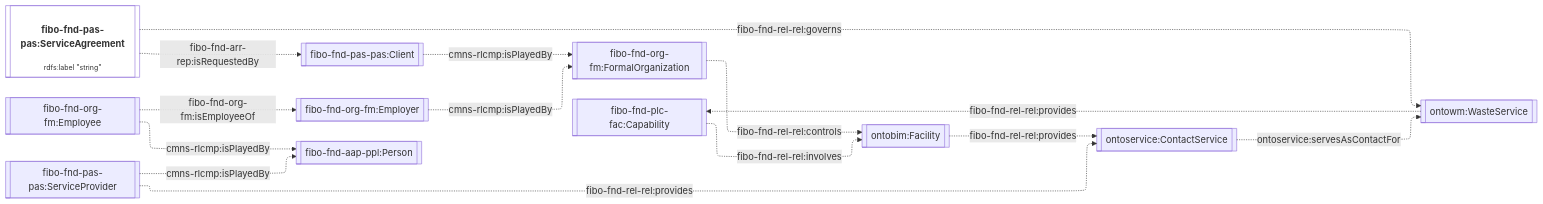
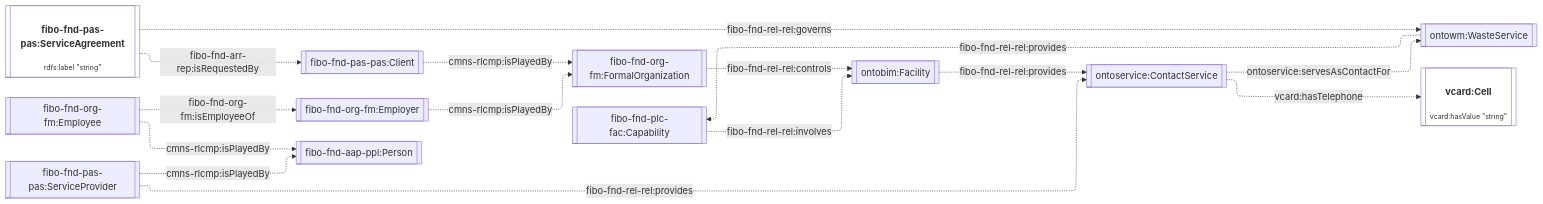
One commit to TheWorldAvatar/ontology changed the eighth of 17 diagrams in ontology/ontowastemanagement/README.md. Above: the diagram before and after it, drawn with Mermaid. The commit also changed 1 other file, not shown here.

Commit message:
dev-ontoservice-extension: extend to allow contact service to hold contact numbers as well

````diff
--- a/ontology/ontowastemanagement/README.md
+++ b/ontology/ontowastemanagement/README.md
@@ -210,25 +210,26 @@
 ```mermaid
 %%{init: {"flowchart": {"defaultRenderer": "elk"}} }%%
 flowchart LR
     %% Styling
     classDef literal fill:none
     classDef node overflow-wrap:break-word,text-wrap:pretty
     linkStyle default overflow-wrap:break-word,text-wrap:pretty;
 
     %% Contents
     Agreement[["<h4>fibo-fnd-pas-pas:ServiceAgreement</h4><p style='font-size:0.75rem;'>rdfs:label &quot;string&quot;</p>"]]:::literal -. fibo-fnd-rel-rel:governs .-> Service[[ontowm:WasteService]]
     Agreement -. fibo-fnd-arr-rep:isRequestedBy .-> Client[[fibo-fnd-pas-pas:Client]]
     Employer[[fibo-fnd-org-fm:Employer]] -. cmns-rlcmp:isPlayedBy .-> Org[[fibo-fnd-org-fm:FormalOrganization]]
     Client -. cmns-rlcmp:isPlayedBy .-> Org
 
     Employee[[fibo-fnd-org-fm:Employee]] -. cmns-rlcmp:isPlayedBy .-> Person[[fibo-fnd-aap-ppl:Person]]
     Employee -. fibo-fnd-org-fm:isEmployeeOf .-> Employer
     ServiceProvider[[fibo-fnd-pas-pas:ServiceProvider]] -. cmns-rlcmp:isPlayedBy .-> Person[[fibo-fnd-aap-ppl:Person]]
     ServiceProvider -. fibo-fnd-rel-rel:provides .-> ContactService[[ontoservice:ContactService]]
     ContactService -. ontoservice:servesAsContactFor .-> Service
-    
+    ContactService -. vcard:hasTelephone .-> Cell[["<h4>vcard:Cell</h4><p style='font-size:0.75rem;'>vcard:hasValue &quot;string&quot;</p>"]]:::literal
+
     Service -. fibo-fnd-rel-rel:provides .-> Capability[[fibo-fnd-plc-fac:Capability]]
     Capability -. fibo-fnd-rel-rel:involves .-> Facility[[ontobim:Facility]]
     Org -. fibo-fnd-rel-rel:controls .-> Facility
     Facility[[ontobim:Facility]] -. fibo-fnd-rel-rel:provides .-> ContactService[[ontoservice:ContactService]]
 ```
````
